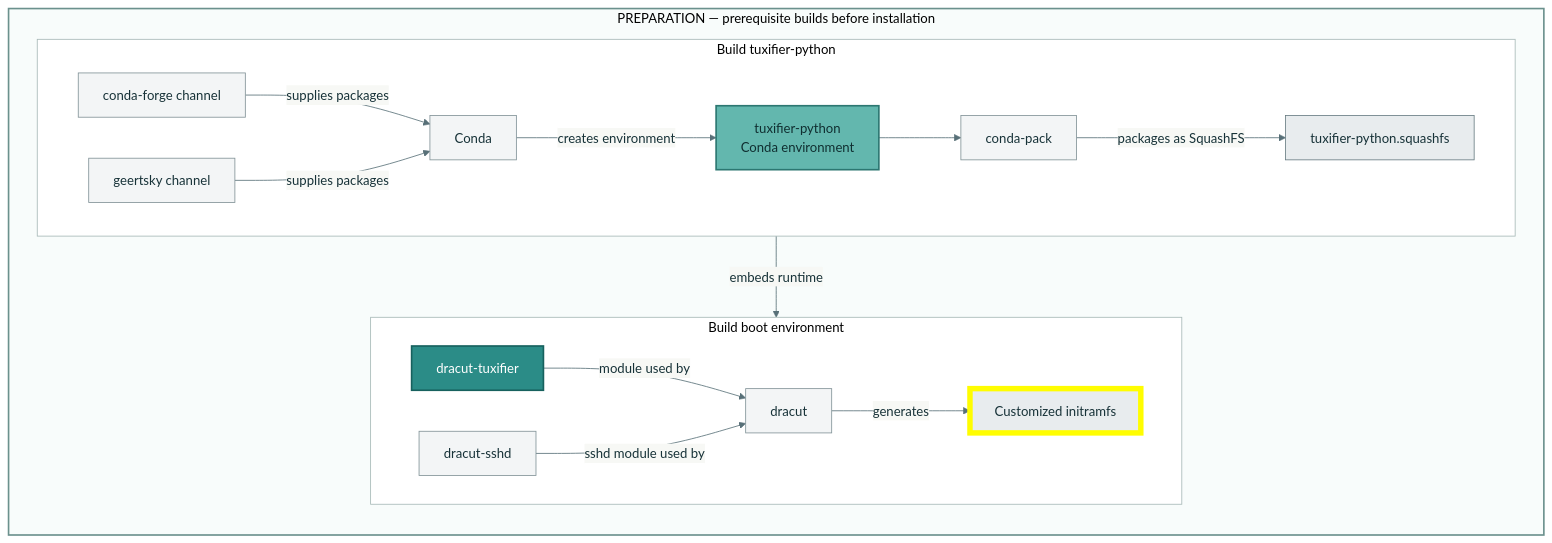
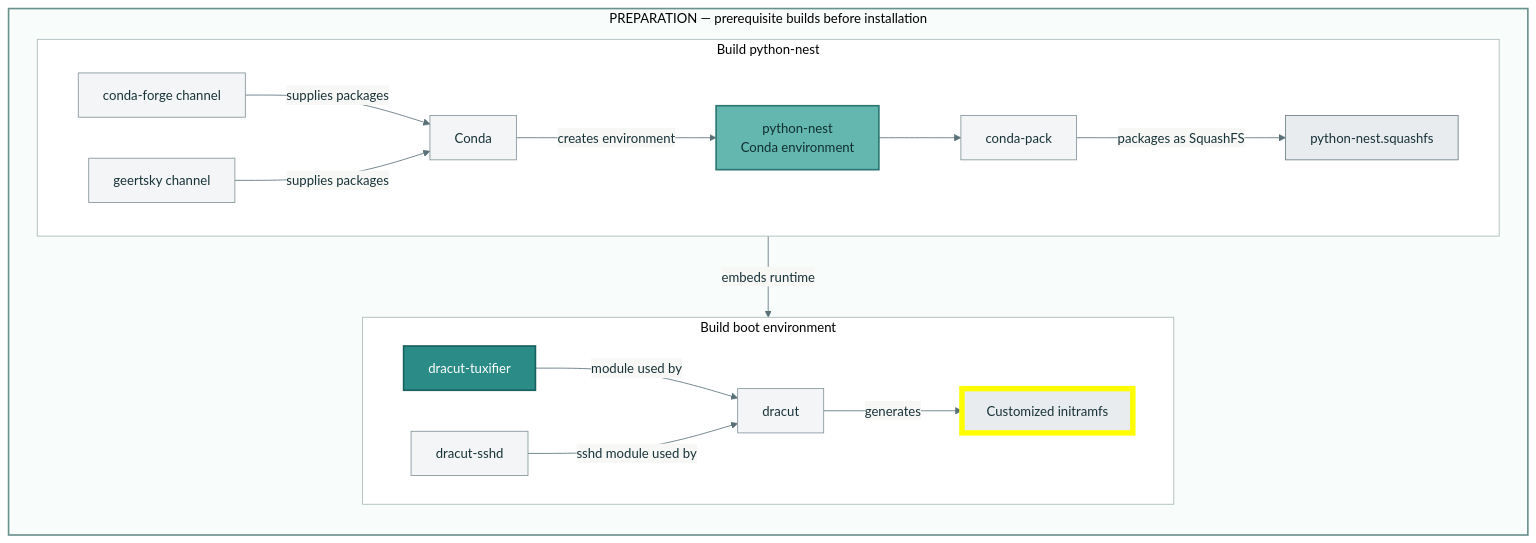
Before and after one commit to Geertsky/tuxifier-playbook: the first of 2 diagrams in docs/architecture.md, drawn with Mermaid. The commit also changed other lines of this file and 2 other files, not shown here.

Commit message:
Scope: naming|Rename tuxifier-python -> python-nest

````diff
--- a/docs/architecture.md
+++ b/docs/architecture.md
@@ -47,69 +47,69 @@
 ```mermaid
 ---
 title:
 config:
   look: classic
   theme: base
   themeVariables:
     background: "#ffffff"
     primaryColor: "#f5f7f8"
     primaryTextColor: "#173238"
     primaryBorderColor: "#71878c"
     lineColor: "#587078"
 ---
 flowchart TB
   %% ==================== PREPARATION ====================
   subgraph PREP["PREPARATION — prerequisite builds before installation"]
     direction TB
 
-    subgraph PYBUILD["Build tuxifier-python"]
+    subgraph PYBUILD["Build python-nest"]
       direction LR
       CF["conda-forge channel"]:::support
       GC["geertsky channel"]:::support
       CONDA["Conda"]:::support
-      TPBUILD["tuxifier-python<br/>Conda environment"]:::tuxpy
+      TPBUILD["python-nest<br/>Conda environment"]:::tuxpy
       PACK["conda-pack"]:::support
-      SQ["tuxifier-python.squashfs"]:::artifact
+      SQ["python-nest.squashfs"]:::artifact
 
       CF -->|"supplies packages"| CONDA
       GC -->|"supplies packages"| CONDA
       CONDA -->|"creates environment"| TPBUILD
       TPBUILD --> PACK
       PACK -->|"packages as SquashFS"| SQ
     end
 
     subgraph BOOTBUILD["Build boot environment"]
       direction LR
       DTBUILD["dracut-tuxifier"]:::dracutTux
       SSHDBUILD["dracut-sshd"]:::support
       DRACUT["dracut"]:::support
       INIT["Customized initramfs"]:::custinitramfs
 
       DTBUILD -->|"module used by"| DRACUT
       SSHDBUILD -->|"sshd module used by"| DRACUT
       DRACUT -->|"generates"| INIT
     end
 
     SQ -->|"embeds runtime"| DTBUILD
 
   end
 
   %% ==================== LINKS ====================
   click DTBUILD "https://github.com/Geertsky/dracut-tuxifier/blob/HEAD/94tuxifier/module-setup.sh" "dracut-tuxifier build integration" _blank
-  click TPBUILD "https://github.com/Geertsky/tuxifier-python/blob/HEAD/README.md" "tuxifier-python build and runtime documentation" _blank
+  click TPBUILD "https://github.com/Geertsky/python-nest/blob/HEAD/README.md" "python-nest build and runtime documentation" _blank
 
   %% ==================== STYLING ====================
   classDef tuxifier fill:#0F6F73,stroke:#084B4E,color:#FFFFFF,stroke-width:2px
   classDef dracutTux fill:#2B8C87,stroke:#17615E,color:#FFFFFF,stroke-width:2px
   classDef tuxpy fill:#63B7AE,stroke:#2C7771,color:#102F31,stroke-width:2px
   classDef support fill:#F3F5F6,stroke:#819297,color:#173238
   classDef artifact fill:#E8ECEE,stroke:#687C82,color:#173238
   classDef note fill:#FFFFFF,stroke:#87999E,color:#173238,stroke-dasharray:4 3
   classDef prepKey fill:#EEF5F4,stroke:#6B918D,color:#173238
   classDef installKey fill:#F4F5F6,stroke:#7A858A,color:#173238
   classDef custinitramfs fill:#E8ECEE,stroke:#FFFD00,stroke-width:5pt
 
   style PREP fill:#F8FCFB,stroke:#6B918D,stroke-width:2px
   style PYBUILD fill:#FFFFFF,stroke:#A6B8B6
   style BOOTBUILD fill:#FFFFFF,stroke:#A6B8B6
 ```
````
